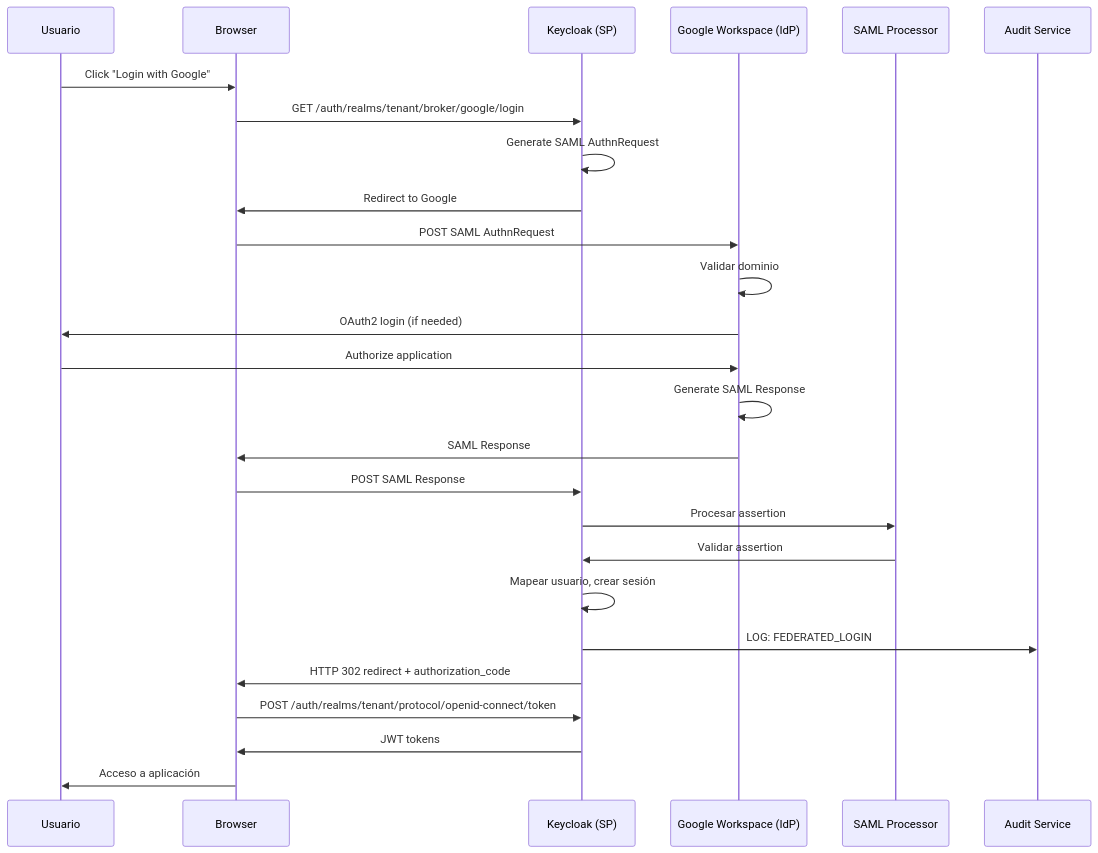
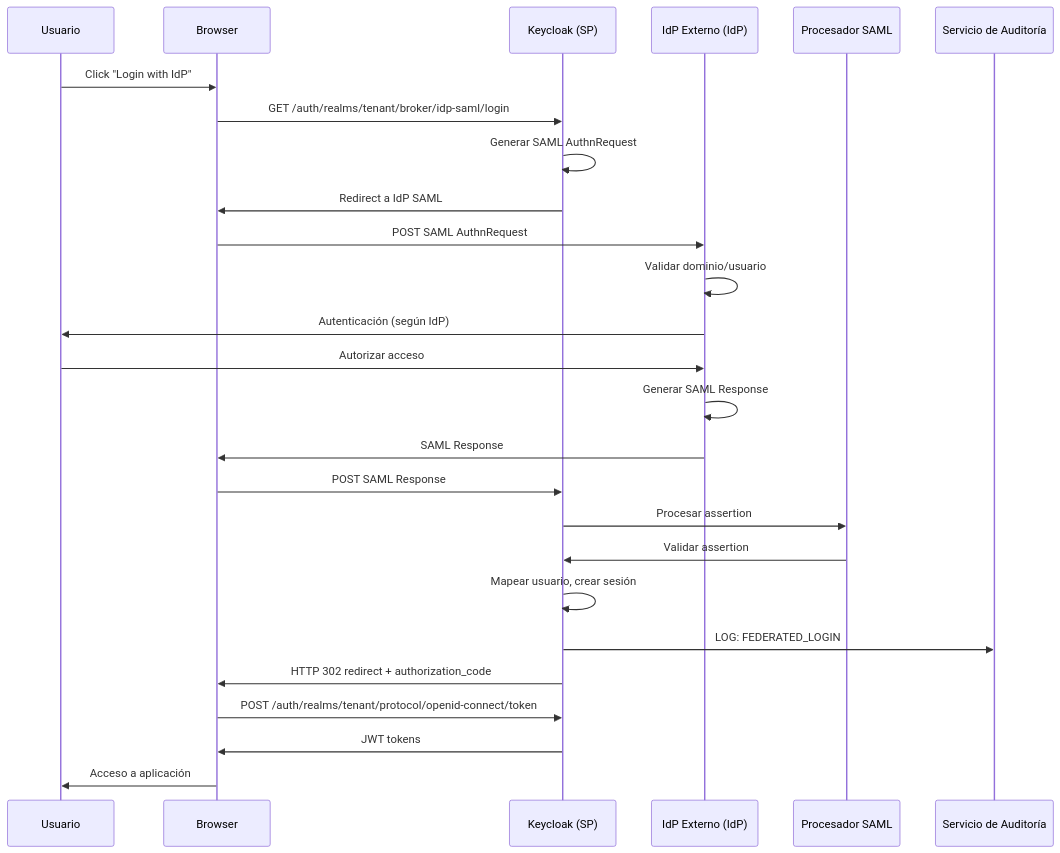
Before and after one commit to jclemente-tlm/tlm-arq-servicios-corporativos: the second of 2 diagrams in docs/servicio-identidad/06-vista-tiempo-ejecucion.md, drawn with Mermaid. The commit also changed other lines of this file and 67 other files, not shown here.

````diff
--- a/docs/servicio-identidad/06-vista-tiempo-ejecucion.md
+++ b/docs/servicio-identidad/06-vista-tiempo-ejecucion.md
@@ -114,28 +114,28 @@
 ```mermaid
 sequenceDiagram
     participant User as Usuario
     participant Browser as Browser
     participant KC as Keycloak (SP)
-    participant Google as Google Workspace (IdP)
-    participant SAMLProc as SAML Processor
-    participant AuditSvc as Audit Service
-    User->>Browser: Click "Login with Google"
-    Browser->>KC: GET /auth/realms/tenant/broker/google/login
-    KC->>KC: Generate SAML AuthnRequest
-    KC->>Browser: Redirect to Google
-    Browser->>Google: POST SAML AuthnRequest
-    Google->>Google: Validar dominio
-    Google->>User: OAuth2 login (if needed)
-    User->>Google: Authorize application
-    Google->>Google: Generate SAML Response
-    Google->>Browser: SAML Response
+    participant IdP as IdP Externo (IdP)
+    participant SAMLProc as Procesador SAML
+    participant AuditSvc as Servicio de Auditoría
+    User->>Browser: Click "Login with IdP"
+    Browser->>KC: GET /auth/realms/tenant/broker/idp-saml/login
+    KC->>KC: Generar SAML AuthnRequest
+    KC->>Browser: Redirect a IdP SAML
+    Browser->>IdP: POST SAML AuthnRequest
+    IdP->>IdP: Validar dominio/usuario
+    IdP->>User: Autenticación (según IdP)
+    User->>IdP: Autorizar acceso
+    IdP->>IdP: Generar SAML Response
+    IdP->>Browser: SAML Response
     Browser->>KC: POST SAML Response
     KC->>SAMLProc: Procesar assertion
     SAMLProc->>KC: Validar assertion
     KC->>KC: Mapear usuario, crear sesión
     KC->>AuditSvc: LOG: FEDERATED_LOGIN
     KC->>Browser: HTTP 302 redirect + authorization_code
     Browser->>KC: POST /auth/realms/tenant/protocol/openid-connect/token
     KC->>Browser: JWT tokens
     Browser->>User: Acceso a aplicación
 ```
````
